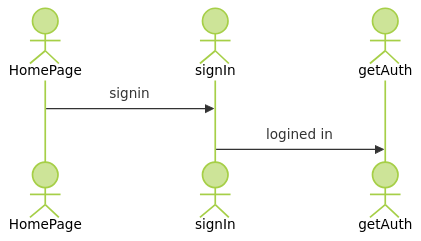
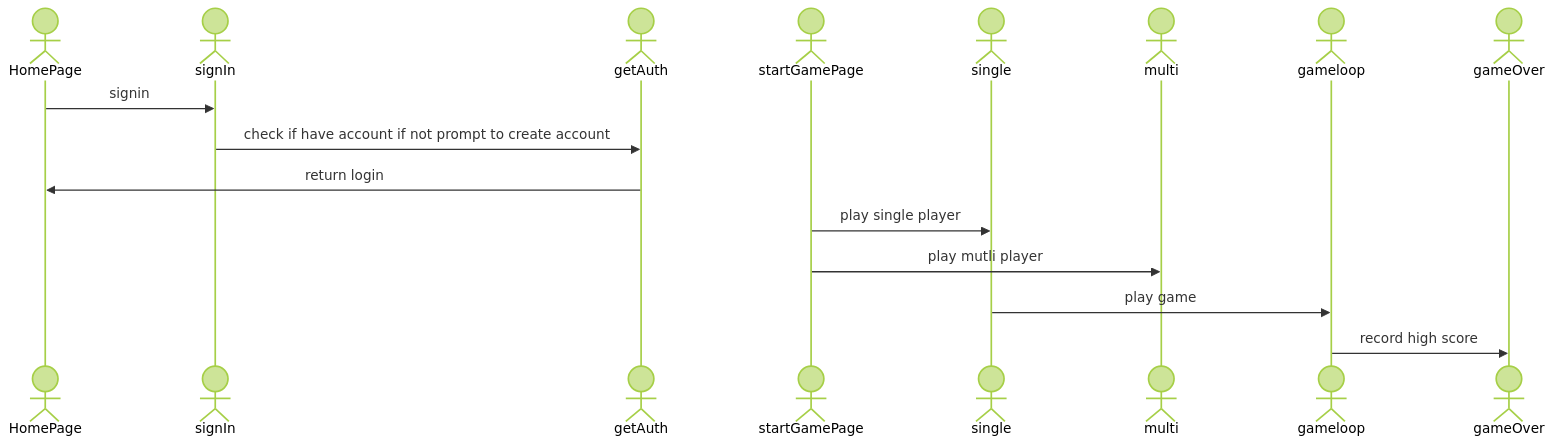
The diagram in README.md (Leaf-life/webProgramming_LC), drawn with Mermaid (forest theme) before and after one commit.

Commit message:
added more stuff to sequence diagram

````diff
--- a/README.md
+++ b/README.md
@@ -23,8 +23,19 @@
 ```mermaid
 sequenceDiagram
     actor HomePage
     actor signIn
     actor getAuth
+    actor startGamePage
+    actor single
+    actor multi
+    actor gameloop
+    actor gameOver
     HomePage->>signIn: signin
-    signIn->>getAuth: logined in
+    signIn->>getAuth: check if have account if not prompt to create account
+    getAuth->>HomePage: return login
+    startGamePage->>single: play single player
+    startGamePage->>multi: play mutli player
+    single->>gameloop: play game
+    gameloop->>gameOver: record high score
+
 ```
````
